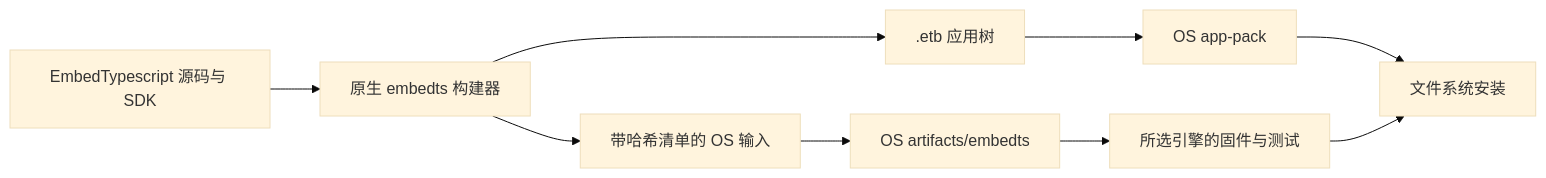
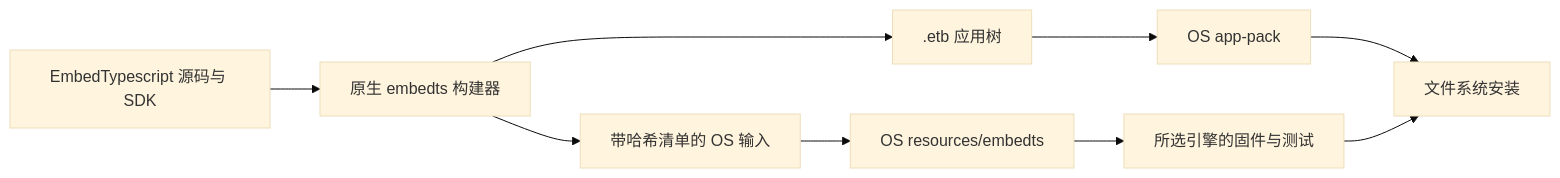
One commit to umbrella22/dangoOS changed the diagram in crates/os/EMBEDTS.md. Above: the diagram before and after it, drawn with Mermaid (base theme). The commit also changed other lines of this file and 102 other files, not shown here.

````diff
--- a/crates/os/EMBEDTS.md
+++ b/crates/os/EMBEDTS.md
@@ -7,11 +7,11 @@
 ```mermaid
 flowchart LR
   Source[EmbedTypescript 源码与 SDK] --> Builder[原生 embedts 构建器]
   Builder --> App[.etb 应用树]
   Builder --> Fixture[带哈希清单的 OS 输入]
   App --> Pack[OS app-pack]
-  Fixture --> OS[OS artifacts/embedts]
+  Fixture --> OS[OS resources/embedts]
   OS --> Firmware[所选引擎的固件与测试]
   Pack --> Device[文件系统安装]
   Firmware --> Device
 ```
````
